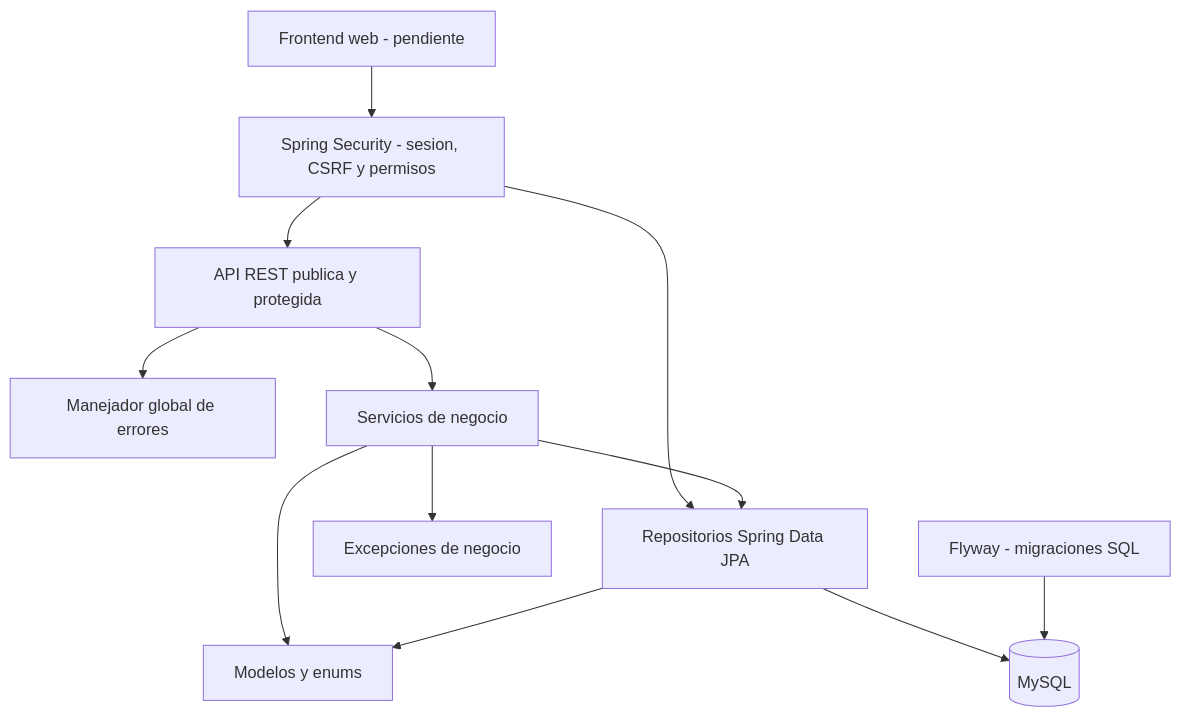
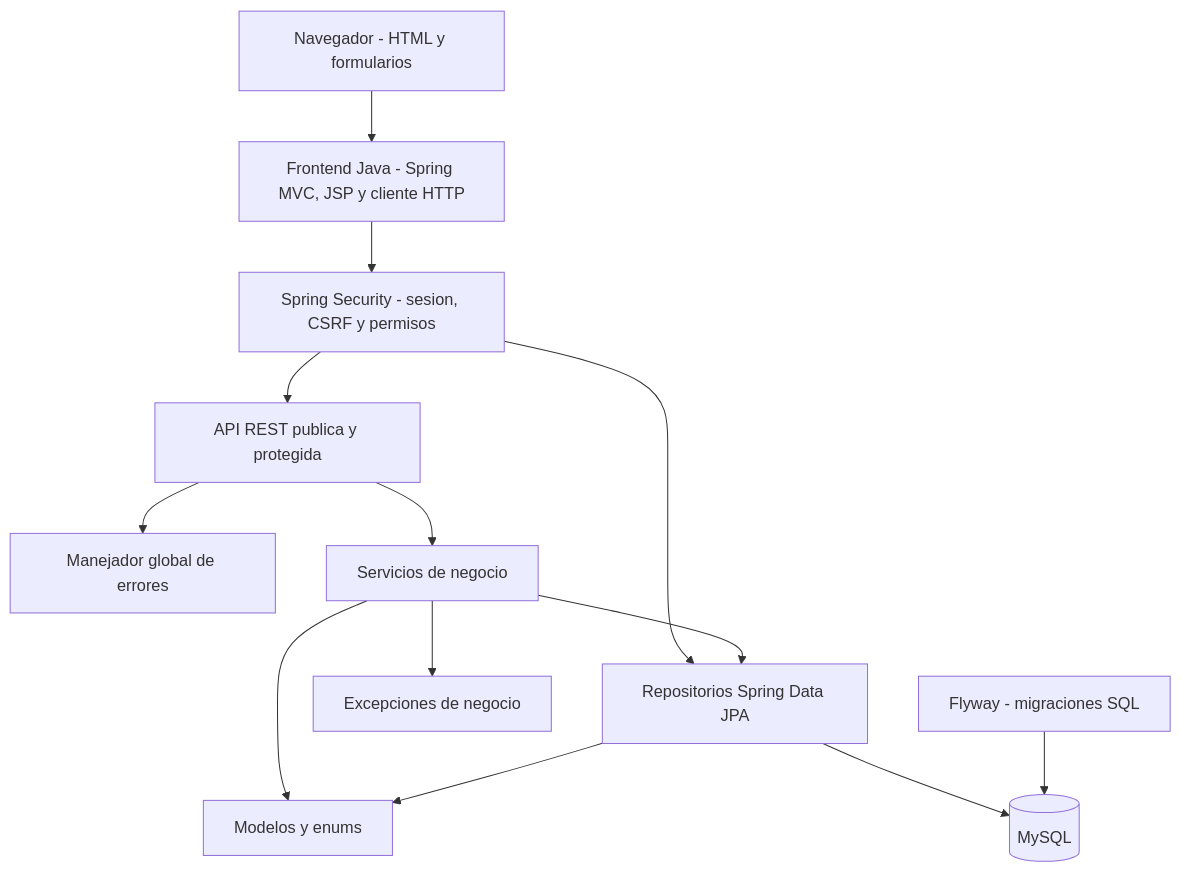
One commit to migmik/TPPrograII changed the first of 3 diagrams in docs/uml-tijetravel.md. Above: the diagram before and after it, drawn with Mermaid. The commit also changed 36 other files, not shown here.

First line of the commit message:
feat: agregar frontend independiente con JSP y empaquetado WAR

````diff
--- a/docs/uml-tijetravel.md
+++ b/docs/uml-tijetravel.md
@@ -8,25 +8,27 @@
 ```mermaid
 flowchart TB
-    WEB[Frontend web - pendiente]
+    NAV[Navegador - HTML y formularios]
+    WEB[Frontend Java - Spring MVC, JSP y cliente HTTP]
     SEC[Spring Security - sesion, CSRF y permisos]
     API[API REST publica y protegida]
     APIERR[Manejador global de errores]
     CTRL[Servicios de negocio]
     REPO[Repositorios Spring Data JPA]
     MODEL[Modelos y enums]
     ERR[Excepciones de negocio]
     MIG[Flyway - migraciones SQL]
     DB[(MySQL)]
 
+    NAV --> WEB
     WEB --> SEC
     SEC --> API
     SEC --> REPO
     API --> CTRL
     API --> APIERR
     CTRL --> REPO
     CTRL --> MODEL
     CTRL --> ERR
     REPO --> MODEL
     REPO --> DB
     MIG --> DB
 ```
````
